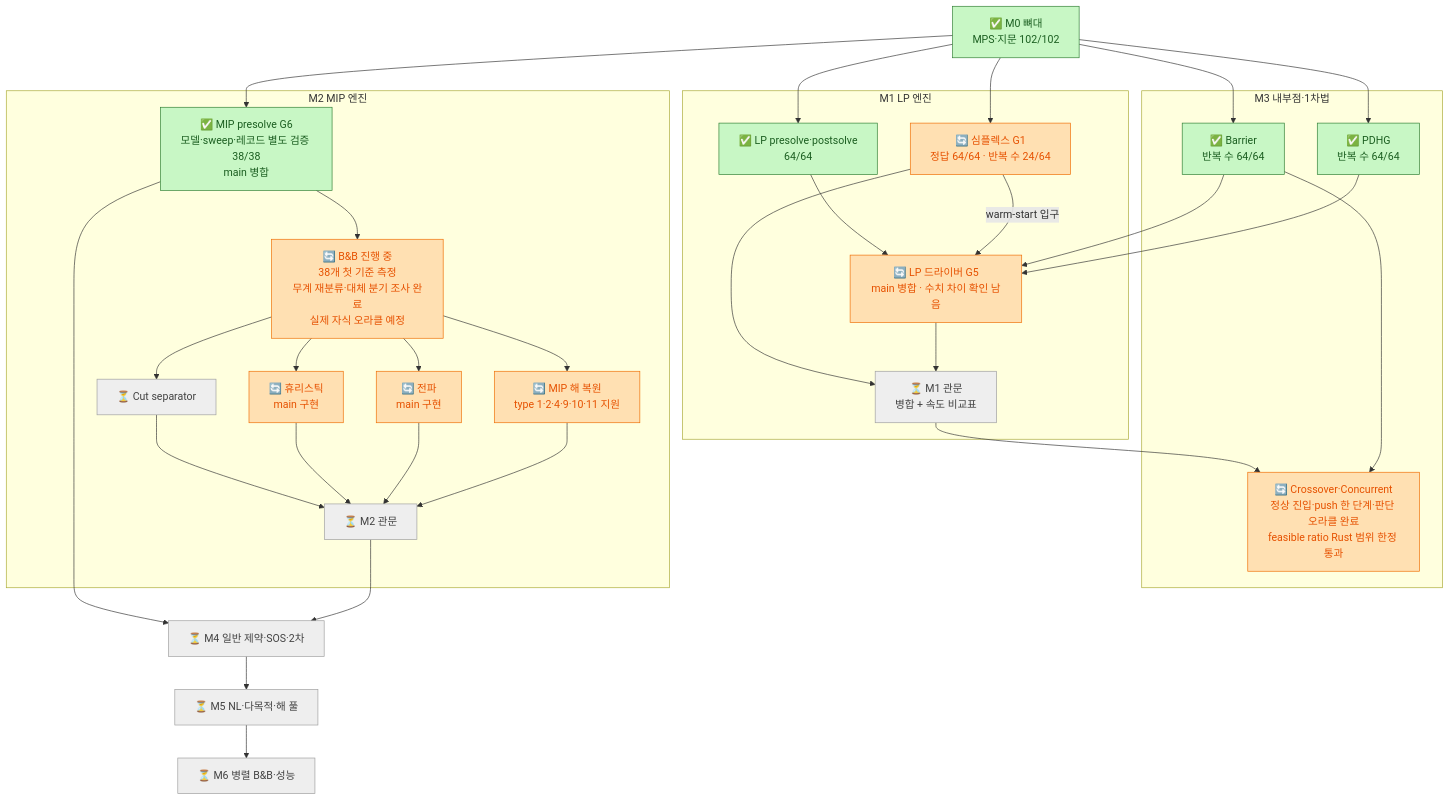
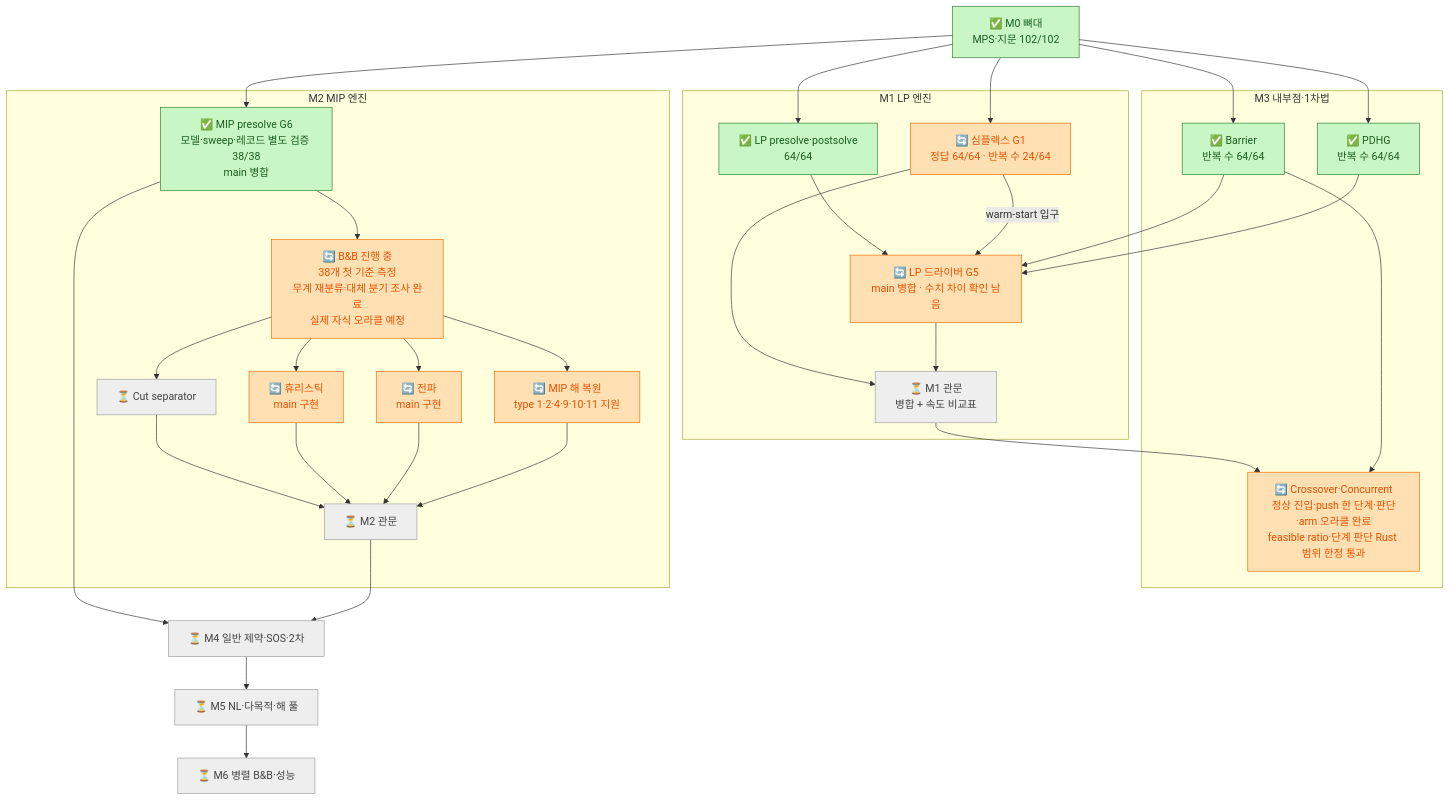
The diagram in docs/12_roadmap_diagram.md (kjh278231/kerobi), drawn with Mermaid before and after one commit. The commit also changed other lines of this file and 12 other files, not shown here.

Commit message:
M3-04b-3 Rust 재생·결과 기록: arm 50단계(고유 43)·연결 99 원본 일치, 모델 변조 32종 중 27·Rust 36종 중 30 거부, 생존은 feasible 경로 도달 불가·정확 경계로 분류. 진행·로드맵·스프린트·인계·교훈 갱신

````diff
--- a/docs/12_roadmap_diagram.md
+++ b/docs/12_roadmap_diagram.md
@@ -43,49 +45,49 @@
 ```mermaid
 flowchart TD
     classDef done fill:#c8f7c5,stroke:#2e7d32,color:#1b5e20
     classDef doing fill:#ffe0b2,stroke:#ef6c00,color:#e65100
     classDef pending fill:#bbdefb,stroke:#1565c0,color:#0d47a1
     classDef todo fill:#eeeeee,stroke:#9e9e9e,color:#424242
 
     M0["✅ M0 뼈대<br/>MPS·지문 102/102"]:::done
 
     subgraph M1["M1 LP 엔진"]
         PRE["✅ LP presolve·postsolve<br/>64/64"]:::done
         SPX["🔄 심플렉스 G1<br/>정답 64/64 · 반복 수 24/64"]:::doing
         DRV["🔄 LP 드라이버 G5<br/>main 병합 · 수치 차이 확인 남음"]:::doing
         GATE1["⏳ M1 관문<br/>병합 + 속도 비교표"]:::todo
     end
 
     subgraph M3["M3 내부점·1차법"]
         BAR["✅ Barrier<br/>반복 수 64/64"]:::done
         PDHG["✅ PDHG<br/>반복 수 64/64"]:::done
-        XO["🔄 Crossover·Concurrent<br/>정상 진입·push 한 단계·판단 오라클 완료<br/>feasible ratio Rust 범위 한정 통과"]:::doing
+        XO["🔄 Crossover·Concurrent<br/>정상 진입·push 한 단계·판단·arm 오라클 완료<br/>feasible ratio·단계 판단 Rust 범위 한정 통과"]:::doing
     end
 
     subgraph M2["M2 MIP 엔진"]
         MPRE["✅ MIP presolve G6<br/>모델·sweep·레코드 별도 검증 38/38<br/>main 병합"]:::done
         BNB["🔄 B&B 진행 중<br/>38개 첫 기준 측정<br/>무계 재분류·대체 분기 조사 완료<br/>실제 자식 오라클 예정"]:::doing
         CUT["⏳ Cut separator"]:::todo
         HEU["🔄 휴리스틱<br/>main 구현"]:::doing
         PROP["🔄 전파<br/>main 구현"]:::doing
         POST["🔄 MIP 해 복원<br/>type 1·2·4·9·10·11 지원"]:::doing
         GATE2["⏳ M2 관문"]:::todo
     end
 
     M4["⏳ M4 일반 제약·SOS·2차"]:::todo
     M5["⏳ M5 NL·다목적·해 풀"]:::todo
     M6["⏳ M6 병렬 B&B·성능"]:::todo
 
     M0 --> PRE & SPX & BAR & PDHG & MPRE
     PRE --> DRV
     BAR & PDHG --> DRV
     SPX -- "warm-start 입구" --> DRV
     SPX & DRV --> GATE1
     GATE1 --> XO
     BAR --> XO
     MPRE --> BNB
     BNB --> CUT & HEU & PROP & POST
     CUT & HEU & PROP & POST --> GATE2
     MPRE --> M4
     GATE2 --> M4 --> M5 --> M6
 ```
````
